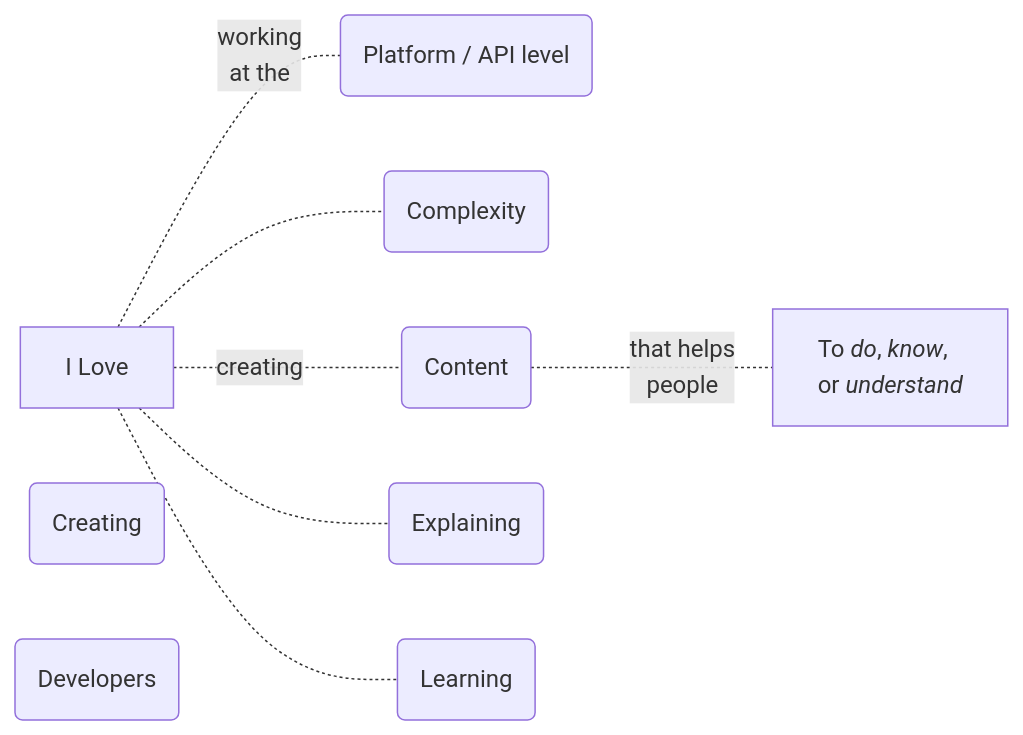
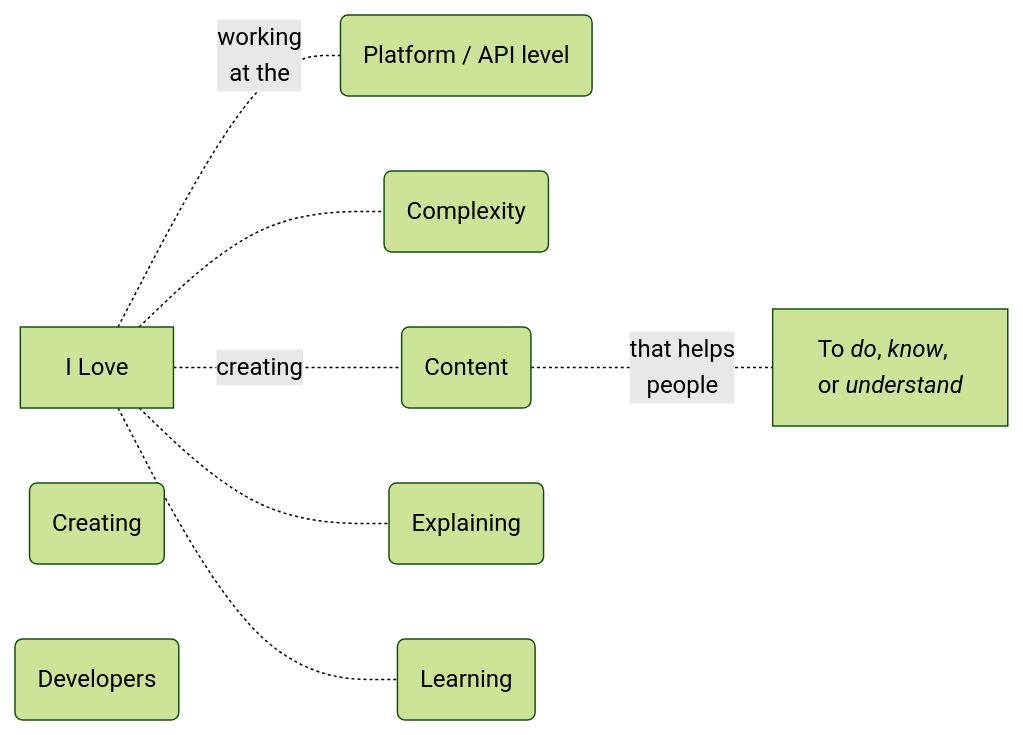
One commit to joe-dorward/samples changed the diagram in overview.md. Above: the diagram before and after it, drawn with Mermaid. The commit also changed other lines of this file, not shown here.

````diff
--- a/overview.md
+++ b/overview.md
@@ -2,31 +1,32 @@
 ```mermaid
+  %%{init: { "theme":"forest"} }%%
 flowchart LR
 I_LOVE["I Love"]
 
 PLATFORM_API("Platform / API level")
 
 COMPLEXITY("Complexity")
 CREATING("Creating")
 CONTENT("Content")
 DEVELOPERS("Developers")
 EXPLAINING("Explaining")
 LEARNING("Learning")
 
 DO_KNOW_UNDERSTAND["`To *do*, *know*,
 or *understand*`"]
 style DO_KNOW_UNDERSTAND text-align:left
 
 
 
 %% CONNECTIONS
 
 I_LOVE-."working
 at the".-PLATFORM_API
 
 I_LOVE-.-COMPLEXITY
 I_LOVE-.-LEARNING
 I_LOVE-.-EXPLAINING
 
 I_LOVE-.creating.-CONTENT-."that helps
 people".-DO_KNOW_UNDERSTAND
 ```
````
